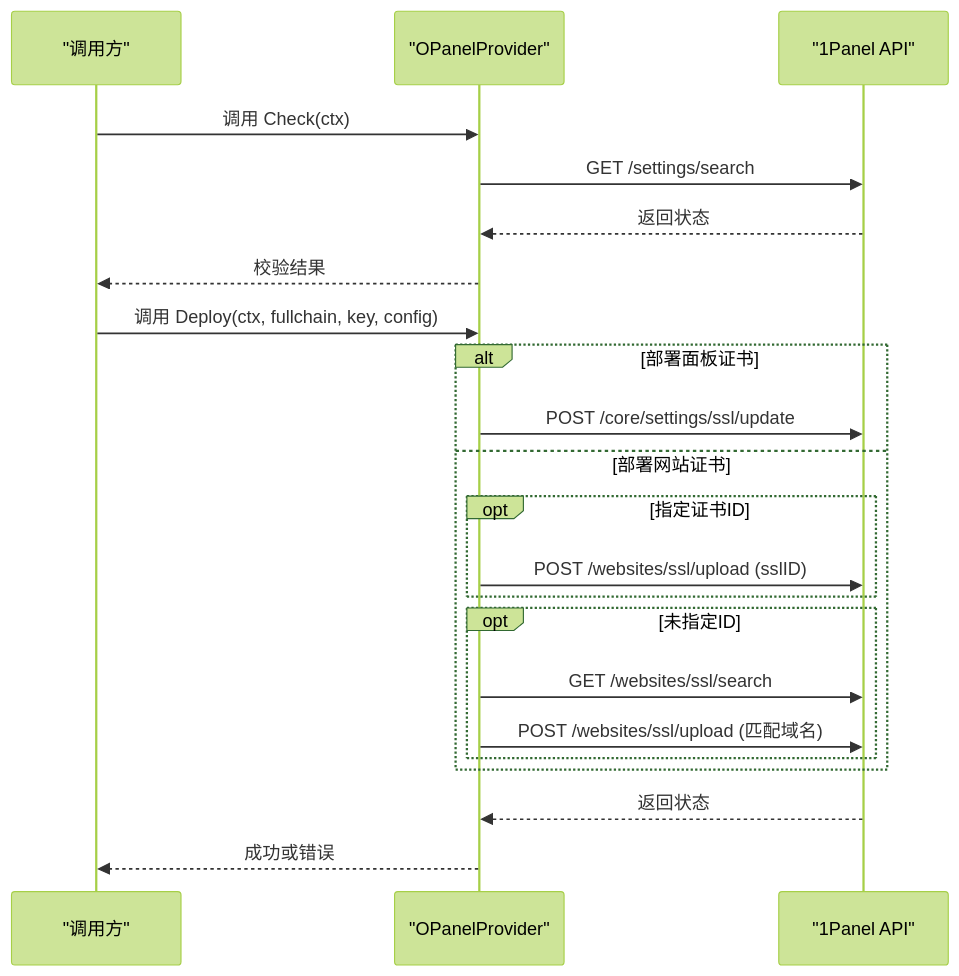
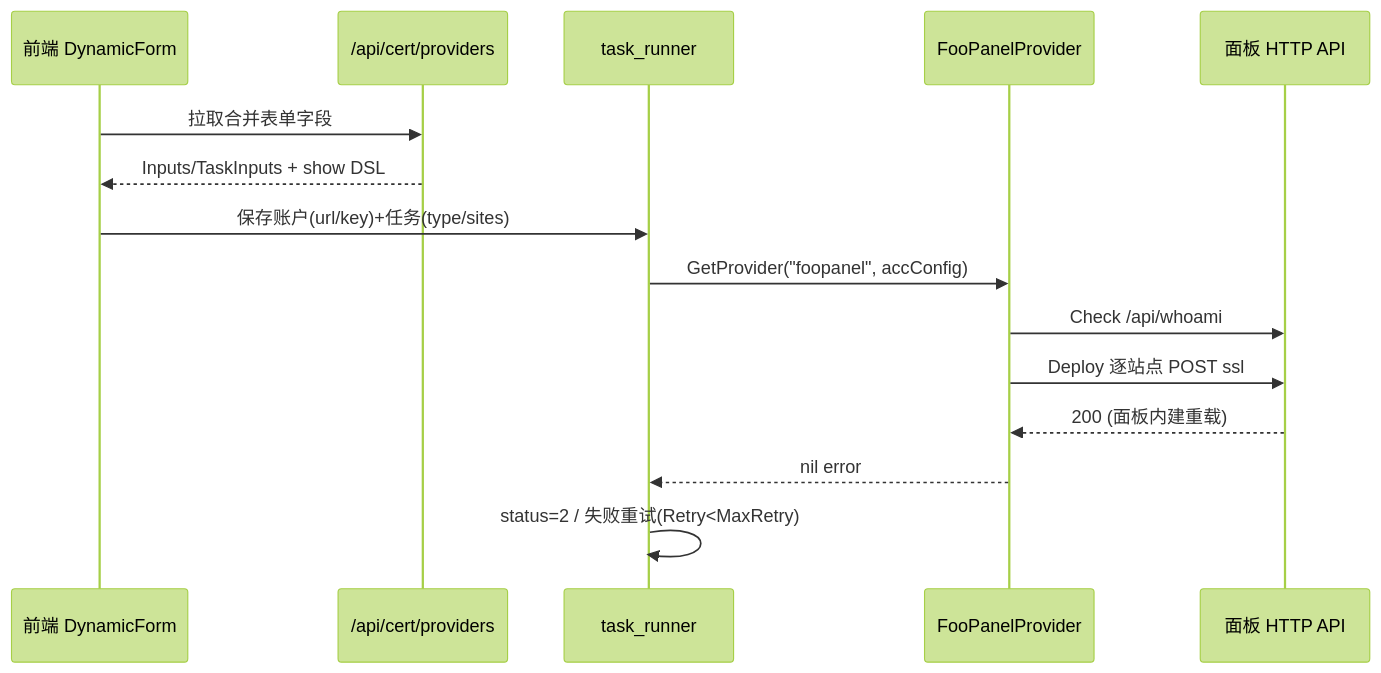
One commit to x01n/dnsplane changed the second of 3 diagrams in docs/扩展开发/面板集成扩展.md. Above: the diagram before and after it, drawn with Mermaid (forest theme). The commit also changed other lines of this file and 326 other files, not shown here.

````diff
--- a/docs/扩展开发/面板集成扩展.md
+++ b/docs/扩展开发/面板集成扩展.md
@@ -238,24 +394,17 @@
 ```mermaid
 sequenceDiagram
-participant Caller as "调用方"
-participant P as "OPanelProvider"
-participant Panel as "1Panel API"
-Caller->>P : 调用 Check(ctx)
-P->>Panel : GET /settings/search
-Panel-->>P : 返回状态
-P-->>Caller : 校验结果
-Caller->>P : 调用 Deploy(ctx, fullchain, key, config)
-alt 部署面板证书
-P->>Panel : POST /core/settings/ssl/update
-else 部署网站证书
-opt 指定证书ID
-P->>Panel : POST /websites/ssl/upload (sslID)
-end
-opt 未指定ID
-P->>Panel : GET /websites/ssl/search
-P->>Panel : POST /websites/ssl/upload (匹配域名)
-end
-end
-Panel-->>P : 返回状态
-P-->>Caller : 成功或错误
+participant UI as 前端 DynamicForm
+participant API as /api/cert/providers
+participant TR as task_runner
+participant P as FooPanelProvider
+participant Panel as 面板 HTTP API
+UI->>API : 拉取合并表单字段
+API-->>UI : Inputs/TaskInputs + show DSL
+UI->>TR : 保存账户(url/key)+任务(type/sites)
+TR->>P : GetProvider("foopanel", accConfig)
+P->>Panel : Check /api/whoami
+P->>Panel : Deploy 逐站点 POST ssl
+Panel-->>P : 200 (面板内建重载)
+P-->>TR : nil error
+TR->>TR : status=2 / 失败重试(Retry<MaxRetry)
 ```
````
